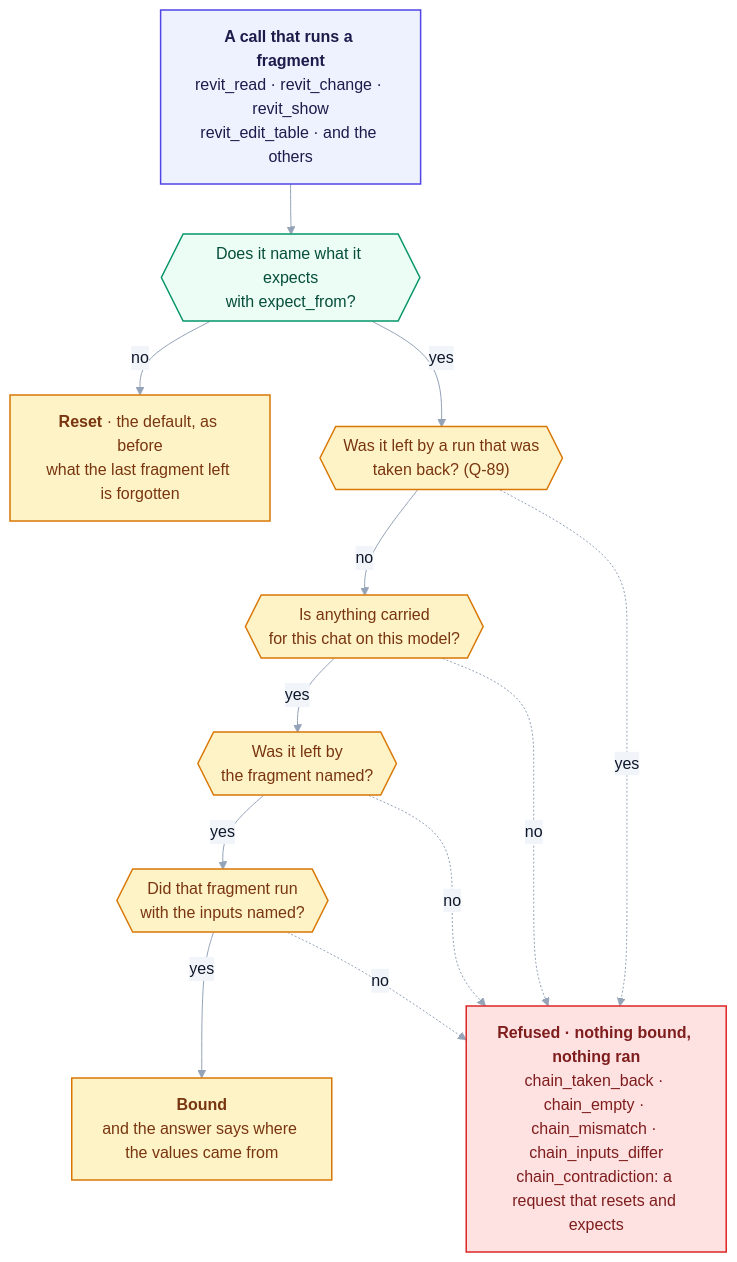
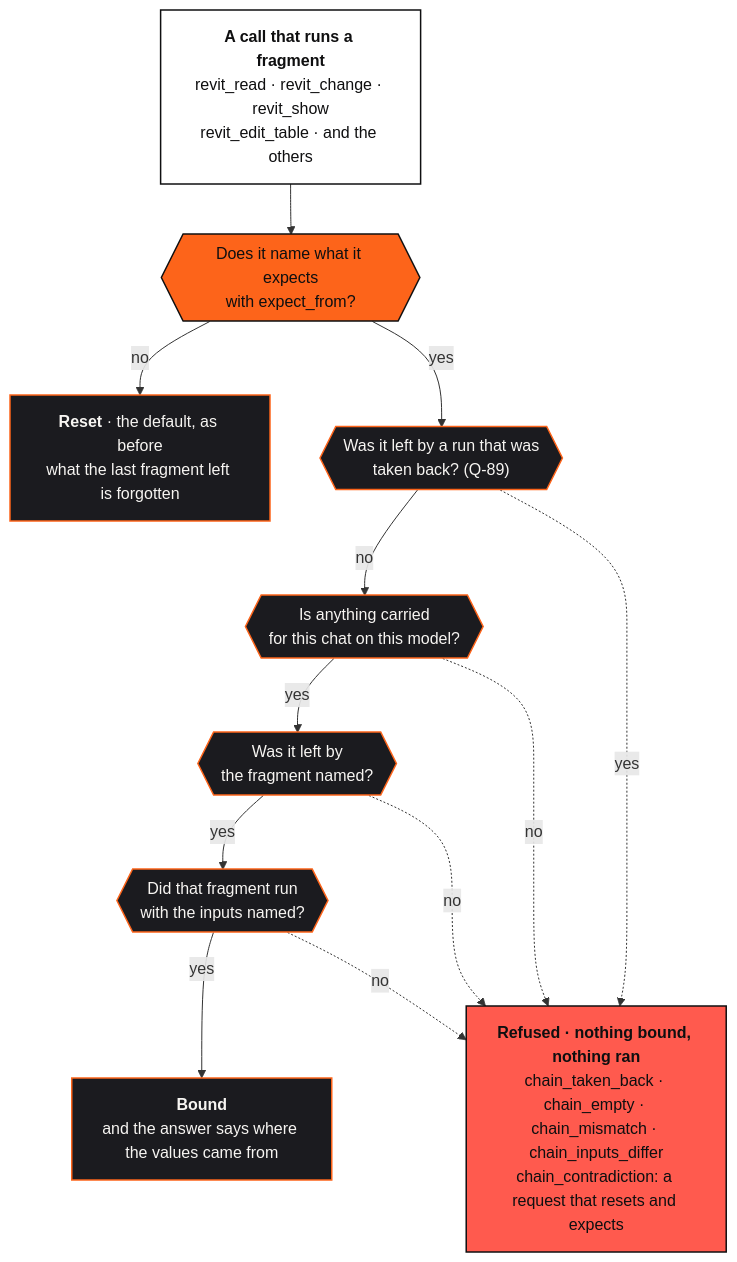
The diagram in docs/36-remembering-between-steps.md (Ajmalpshaik/Heron-AI), drawn with Mermaid before and after one commit. The commit also changed other lines of this file and 44 other files, not shown here.

First line of the commit message:
Diagrams in the other docs move to the brand palette (D-149, #1116)

````diff
--- a/docs/36-remembering-between-steps.md
+++ b/docs/36-remembering-between-steps.md
@@ -44,35 +44,34 @@
 ```mermaid
-%%{init: {"themeVariables": {"edgeLabelBackground":"#F1F5F9","lineColor":"#94A3B8","textColor":"#0F172A","tertiaryTextColor":"#0F172A"}}}%%
 flowchart TD
     CALL["<b>A call that runs a fragment</b><br/>revit_read · revit_change · revit_show<br/>revit_edit_table · and the others"]
     Q0{{"Does it name what it expects<br/>with expect_from?"}}
     RESET["<b>Reset</b> · the default, as before<br/>what the last fragment left is forgotten"]
     QT{{"Was it left by a run that was<br/>taken back? (Q-89)"}}
     Q1{{"Is anything carried<br/>for this chat on this model?"}}
     Q2{{"Was it left by<br/>the fragment named?"}}
     Q3{{"Did that fragment run<br/>with the inputs named?"}}
     BIND["<b>Bound</b><br/>and the answer says where the values came from"]
     NO["<b>Refused · nothing bound, nothing ran</b><br/>chain_taken_back · chain_empty · chain_mismatch · chain_inputs_differ<br/>chain_contradiction: a request that resets and expects"]
 
     CALL --> Q0
     Q0 -->|no| RESET
     Q0 -->|yes| QT
     QT -->|no| Q1
     Q1 -->|yes| Q2
     Q2 -->|yes| Q3
     Q3 -->|yes| BIND
     QT -.->|yes| NO
     Q1 -.->|no| NO
     Q2 -.->|no| NO
     Q3 -.->|no| NO
 
-    classDef user fill:#F1F5F9,stroke:#475569,stroke-width:1.5px,color:#0F172A
-    classDef host fill:#EEF2FF,stroke:#4F46E5,stroke-width:1.5px,color:#1E1B4B
-    classDef brain fill:#ECFDF5,stroke:#059669,stroke-width:1.5px,color:#064E3B
-    classDef addin fill:#FEF3C7,stroke:#D97706,stroke-width:1.5px,color:#78350F
-    classDef revit fill:#FEE2E2,stroke:#DC2626,stroke-width:1.5px,color:#7F1D1D
+    classDef user fill:#F7F5F2,stroke:#0F0F10,stroke-width:1.5px,color:#0F0F10
+    classDef host fill:#FFFFFF,stroke:#0F0F10,stroke-width:1.5px,color:#0F0F10
+    classDef brain fill:#FD641A,stroke:#0F0F10,stroke-width:1.5px,color:#0F0F10
+    classDef addin fill:#1B1B1F,stroke:#FD641A,stroke-width:1.5px,color:#F7F5F2
+    classDef revit fill:#FF5A4E,stroke:#0F0F10,stroke-width:1.5px,color:#0F0F10
     class CALL host
     class Q0 brain
     class RESET,QT,Q1,Q2,Q3,BIND addin
     class NO revit
 ```
````
